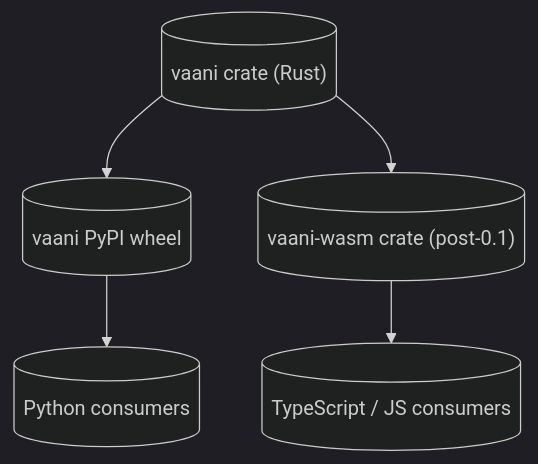
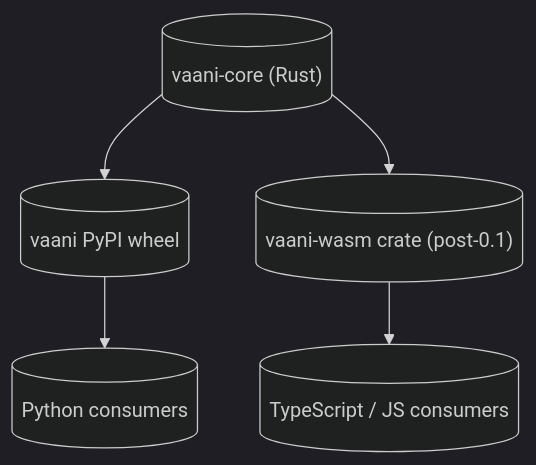
One commit to mox-labs/matra changed the third of 3 diagrams in .claude/arch/architecture.md. Above: the diagram before and after it, drawn with Mermaid (dark theme). The commit also changed other lines of this file and 7 other files, not shown here.

````diff
--- a/.claude/arch/architecture.md
+++ b/.claude/arch/architecture.md
@@ -132,7 +153,7 @@
 ```mermaid
 flowchart TB
-    rust[("vaani crate (Rust)")] --> py[(vaani PyPI wheel)]
+    rust[("vaani-core (Rust)")] --> py[(vaani PyPI wheel)]
     rust --> wasm[("vaani-wasm crate (post-0.1)")]
     py --> pyc[(Python consumers)]
     wasm --> ts[(TypeScript / JS consumers)]
 ```
````
